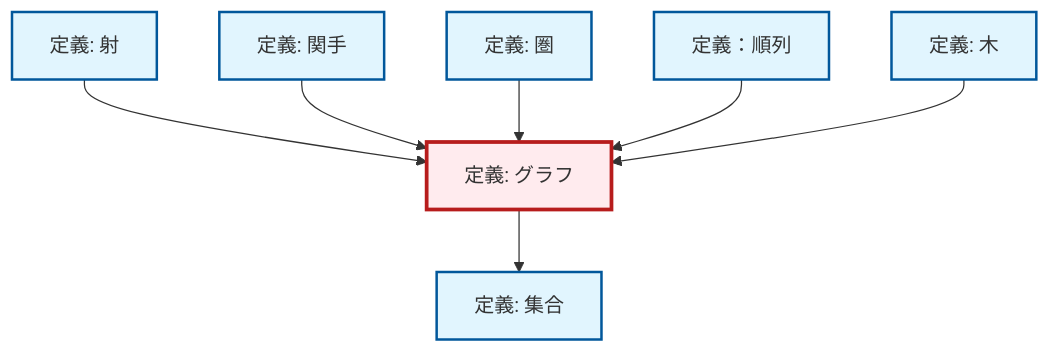
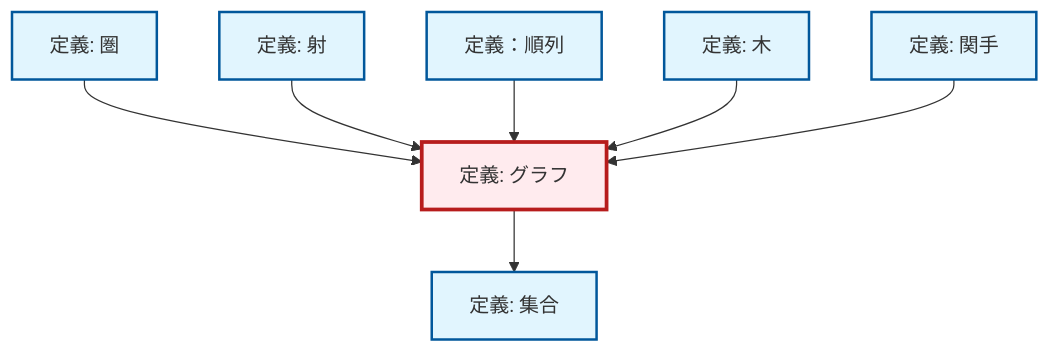
The diagram in content/ja/combinatorics/def-graph.qmd (RK0429/ModernMath), drawn with Mermaid before and after one commit. The commit also changed 672 other files, not shown here.

````diff
--- a/content/ja/combinatorics/def-graph.qmd
+++ b/content/ja/combinatorics/def-graph.qmd
@@ -94,29 +94,29 @@
 ```{mermaid}
-%%| fig-cap: "Local dependency graph"
+%%| fig-cap: "ローカル依存関係グラフ"
 graph TD
     classDef definition fill:#e1f5fe,stroke:#01579b,stroke-width:2px
     classDef theorem fill:#f3e5f5,stroke:#4a148c,stroke-width:2px
     classDef axiom fill:#fff3e0,stroke:#e65100,stroke-width:2px
     classDef example fill:#e8f5e9,stroke:#1b5e20,stroke-width:2px
     classDef current fill:#ffebee,stroke:#b71c1c,stroke-width:3px
     def-set["定義: 集合"]:::definition
+    def-tree["定義: 木"]:::definition
+    def-morphism["定義: 射"]:::definition
     def-permutation["定義：順列"]:::definition
-    def-graph["定義: グラフ"]:::definition
     def-category["定義: 圏"]:::definition
     def-functor["定義: 関手"]:::definition
-    def-morphism["定義: 射"]:::definition
-    def-tree["定義: 木"]:::definition
+    def-graph["定義: グラフ"]:::definition
     def-graph --> def-set
+    def-category --> def-graph
     def-morphism --> def-graph
-    def-functor --> def-graph
-    def-category --> def-graph
     def-permutation --> def-graph
     def-tree --> def-graph
+    def-functor --> def-graph
     class def-graph current
     click def-set "def-set.html" "集合の定義へ"
+    click def-tree "def-tree.html" "木の定義へ"
+    click def-morphism "def-morphism.html" "射の定義へ"
     click def-permutation "def-permutation.html" "定義：順列へ"
     click def-category "def-category.html" "圏の定義へ"
     click def-functor "def-functor.html" "関手の定義へ"
-    click def-morphism "def-morphism.html" "射の定義へ"
-    click def-tree "def-tree.html" "木の定義へ"
 ```
````
